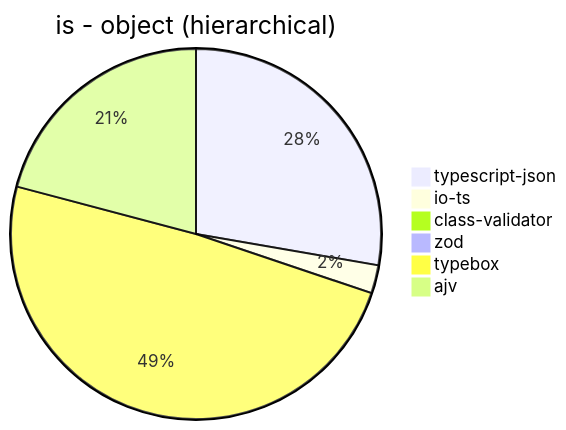
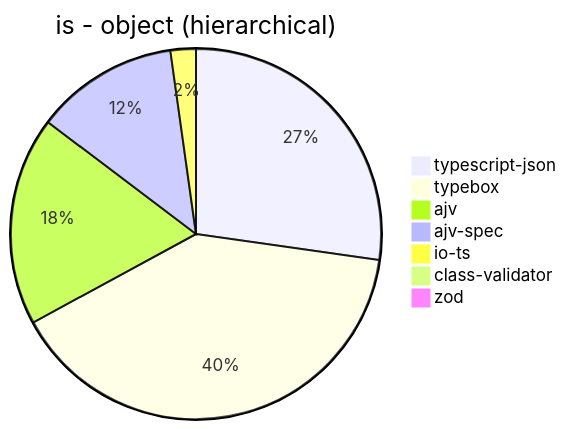
One commit to samchon/typia changed the first of 39 diagrams in benchmark/results/AMD Ryzen 7 3700X 8-Core Processor.md. Above: the diagram before and after it, drawn with Mermaid. The commit also changed other lines of this file and 10 other files, not shown here.

Commit message:
Add ajv-spec benchmarks

````diff
--- a/benchmark/results/AMD Ryzen 7 3700X 8-Core Processor.md
+++ b/benchmark/results/AMD Ryzen 7 3700X 8-Core Processor.md
@@ -21,9 +21,10 @@
 ```mermaid
 pie title is - object (hierarchical)
-  "typescript-json": 71770.39055404178
-  "io-ts": 6367.729155411489
-  "class-validator": 51.85185185185185
-  "zod": 336.0205203371198
-  "typebox": 126776.67354209638
-  "ajv": 54065.18572469046
+  "typescript-json": 81097.70324462268
+  "typebox": 118578.5412456366
+  "ajv": 54221.45328719723
+  "ajv-spec": 37174.72527472527
+  "io-ts": 6593.477858069297
+  "class-validator": 49.69391429600288
+  "zod": 334.80095395340305
 ```
````
